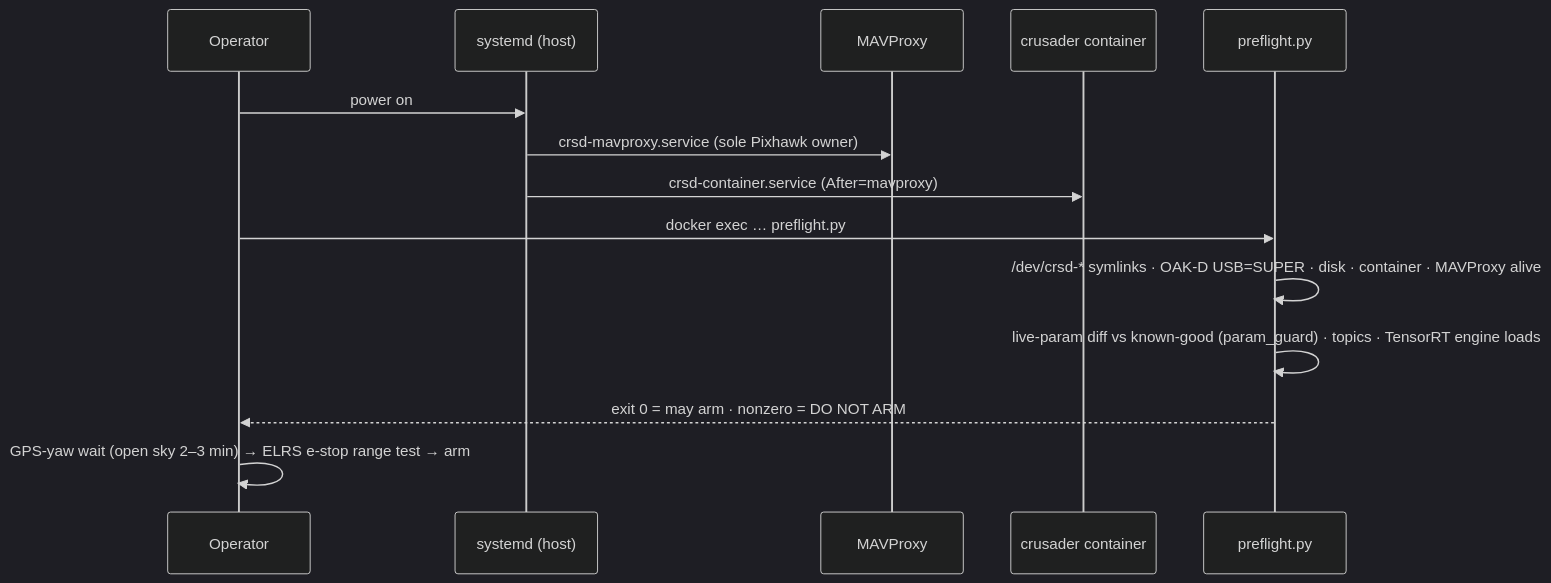
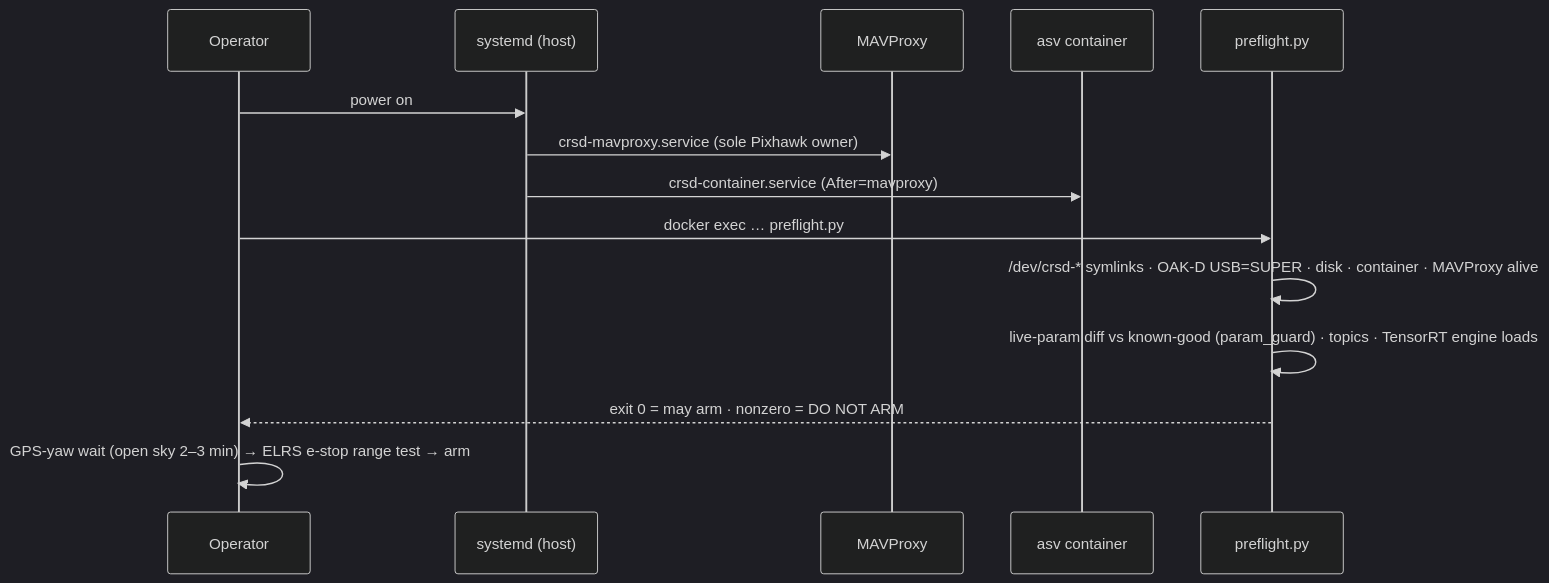
One commit to InspirationRobotics/rx26_asv changed the diagram in tools/README.md. Above: the diagram before and after it, drawn with Mermaid (dark theme). The commit also changed 17 other files, not shown here.

First line of the commit message:
Rename the container crusader -> asv, and make the name a deployment choice

````diff
--- a/tools/README.md
+++ b/tools/README.md
@@ -20,17 +20,17 @@
 ```mermaid
 sequenceDiagram
     participant OP as Operator
     participant SYS as systemd (host)
     participant MAV as MAVProxy
-    participant CT as crusader container
+    participant CT as asv container
     participant PF as preflight.py
 
     OP->>SYS: power on
     SYS->>MAV: crsd-mavproxy.service (sole Pixhawk owner)
     SYS->>CT: crsd-container.service (After=mavproxy)
     OP->>PF: docker exec … preflight.py
     PF->>PF: /dev/crsd-* symlinks · OAK-D USB=SUPER · disk · container · MAVProxy alive
     PF->>PF: live-param diff vs known-good (param_guard) · topics · TensorRT engine loads
     PF-->>OP: exit 0 = may arm · nonzero = DO NOT ARM
     OP->>OP: GPS-yaw wait (open sky 2–3 min) → ELRS e-stop range test → arm
 ```
````
